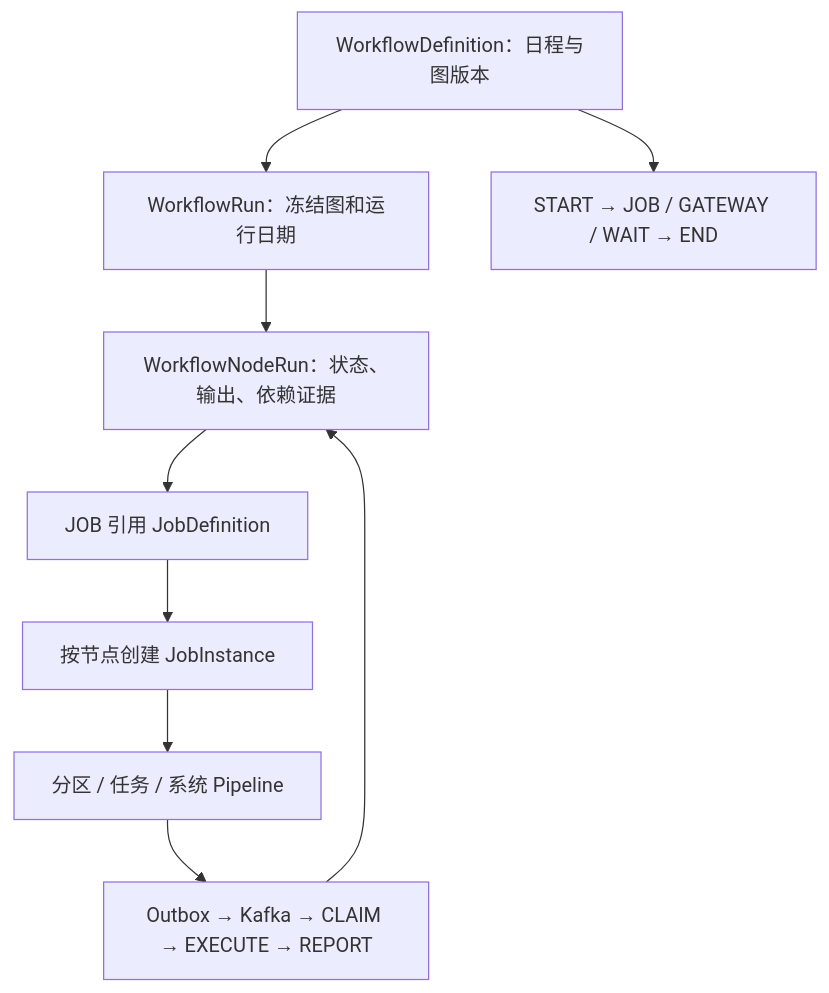
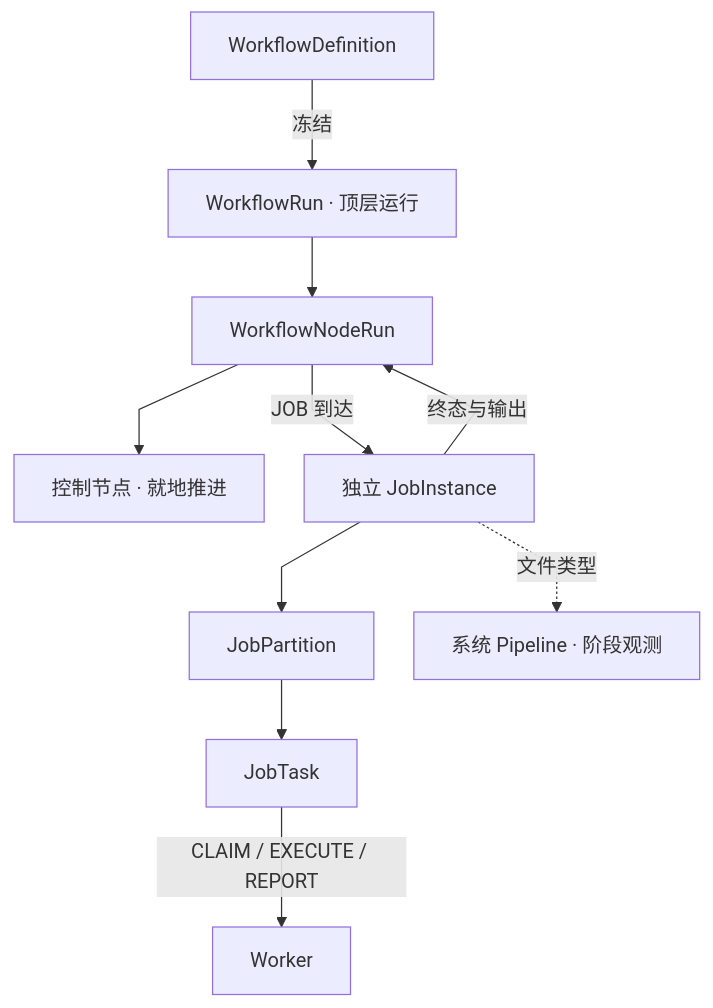
One commit to pinpols/file-batch-system changed the fifth of 24 diagrams in docs/architecture/system-flow-overview.md. Above: the diagram before and after it, drawn with Mermaid. The commit also changed other lines of this file and 2792 other files, not shown here.

````diff
--- a/docs/architecture/system-flow-overview.md
+++ b/docs/architecture/system-flow-overview.md
@@ -257,11 +143,12 @@
 ```mermaid
+%%{init: {"flowchart":{"curve":"linear","nodeSpacing":32,"rankSpacing":48},"sequence":{"mirrorActors":false}}}%%
 flowchart TB
-  WD["WorkflowDefinition：日程与图版本"] --> WR["WorkflowRun：冻结图和运行日期"]
-  WD --> G["START → JOB / GATEWAY / WAIT → END"]
-  WR --> NR["WorkflowNodeRun：状态、输出、依赖证据"]
-  NR --> J["JOB 引用 JobDefinition"]
-  J --> JI["按节点创建 JobInstance"]
-  JI --> P["分区 / 任务 / 系统 Pipeline"]
-  P --> W["Outbox → Kafka → CLAIM → EXECUTE → REPORT"]
-  W --> NR
+  D["WorkflowDefinition"] -->|"冻结"| R["WorkflowRun · 顶层运行"]
+  R --> N["WorkflowNodeRun"]
+  N --> C["控制节点 · 就地推进"]
+  N -->|"JOB 到达"| J["独立 JobInstance"]
+  J --> P["JobPartition"] --> T["JobTask"]
+  J -. "文件类型" .-> PI["系统 Pipeline · 阶段观测"]
+  T -->|"CLAIM / EXECUTE / REPORT"| W["Worker"]
+  J -->|"终态与输出"| N
 ```
````
